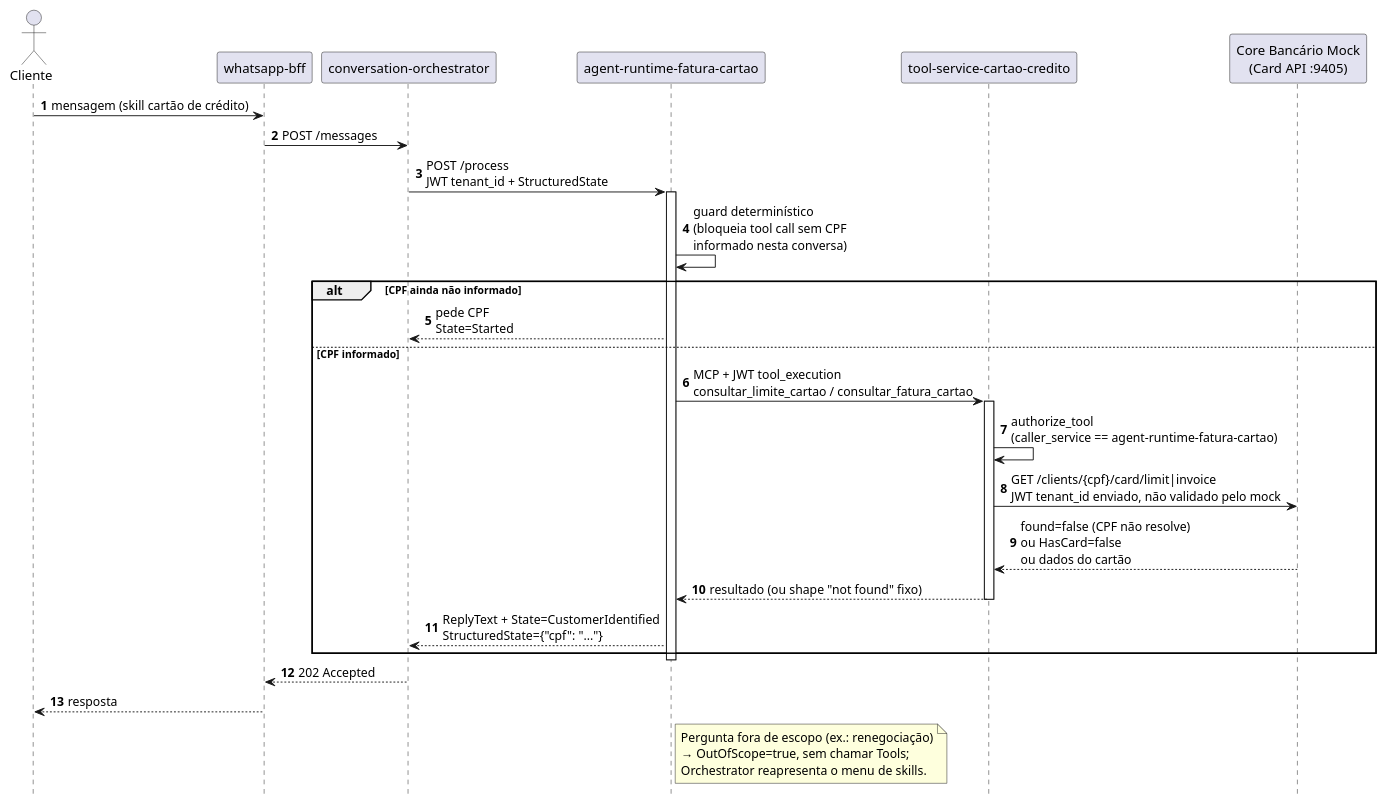
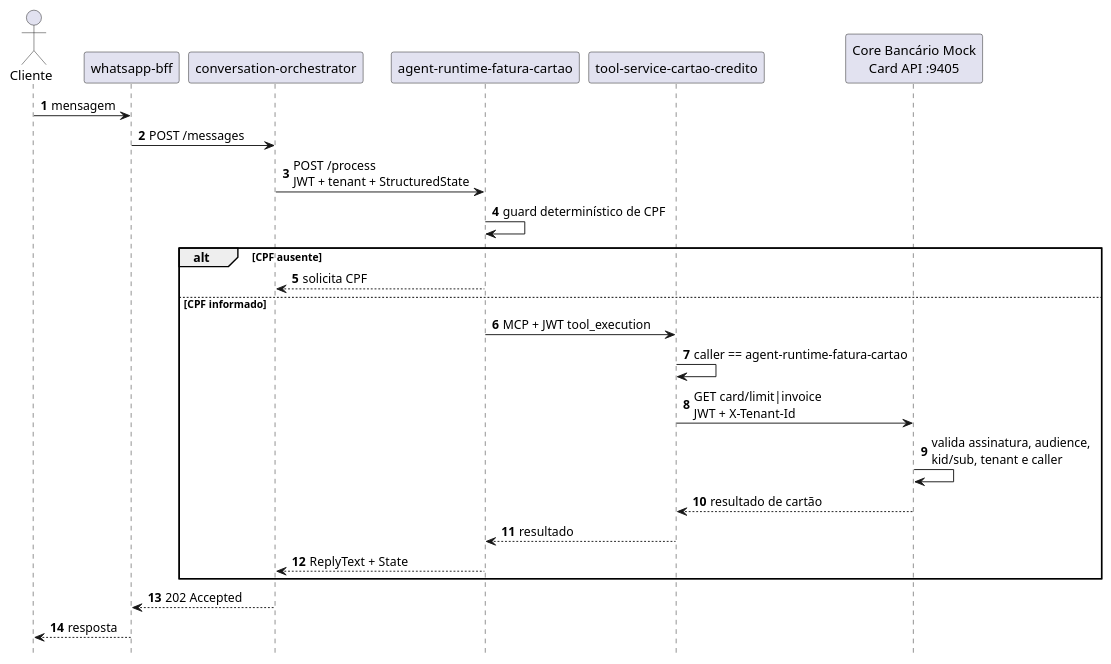
Before and after one commit to leandrosflora/conversational-ai-platform-architecture: the fifth of 5 diagrams in docs/architecture/sequence-diagrams.md, drawn with PlantUML. The commit also changed other lines of this file, not shown here.

Commit message:
docs: update journeys for authenticated core

````diff
--- a/docs/architecture/sequence-diagrams.md
+++ b/docs/architecture/sequence-diagrams.md
@@ -211,43 +214,33 @@
 ```plantuml
 @startuml
 hide footbox
 autonumber
 
 actor Cliente
 participant "whatsapp-bff" as BFF
 participant "conversation-orchestrator" as Orch
 participant "agent-runtime-fatura-cartao" as Agent
 participant "tool-service-cartao-credito" as Tools
-participant "Core Bancário Mock\n(Card API :9405)" as Core
+participant "Core Bancário Mock\nCard API :9405" as Core
 
-Cliente -> BFF: mensagem (skill cartão de crédito)
+Cliente -> BFF: mensagem
 BFF -> Orch: POST /messages
-Orch -> Agent: POST /process\nJWT tenant_id + StructuredState
+Orch -> Agent: POST /process\nJWT + tenant + StructuredState
+Agent -> Agent: guard determinístico de CPF
 
-activate Agent
-Agent -> Agent: guard determinístico\n(bloqueia tool call sem CPF\ninformado nesta conversa)
-
-alt CPF ainda não informado
-  Agent --> Orch: pede CPF\nState=Started
+alt CPF ausente
+  Agent --> Orch: solicita CPF
 else CPF informado
-  Agent -> Tools: MCP + JWT tool_execution\nconsultar_limite_cartao / consultar_fatura_cartao
-  activate Tools
-  Tools -> Tools: authorize_tool\n(caller_service == agent-runtime-fatura-cartao)
-  Tools -> Core: GET /clients/{cpf}/card/limit|invoice\nJWT tenant_id enviado, não validado pelo mock
-  Core --> Tools: found=false (CPF não resolve)\nou HasCard=false\nou dados do cartão
-  Tools --> Agent: resultado (ou shape "not found" fixo)
-  deactivate Tools
-  Agent --> Orch: ReplyText + State=CustomerIdentified\nStructuredState={"cpf": "..."}
+  Agent -> Tools: MCP + JWT tool_execution
+  Tools -> Tools: caller == agent-runtime-fatura-cartao
+  Tools -> Core: GET card/limit|invoice\nJWT + X-Tenant-Id
+  Core -> Core: valida assinatura, audience,\nkid/sub, tenant e caller
+  Core --> Tools: resultado de cartão
+  Tools --> Agent: resultado
+  Agent --> Orch: ReplyText + State
 end
-deactivate Agent
 
 Orch --> BFF: 202 Accepted
 BFF --> Cliente: resposta
-
-note right of Agent
-Pergunta fora de escopo (ex.: renegociação)
-→ OutOfScope=true, sem chamar Tools;
-Orchestrator reapresenta o menu de skills.
-end note
 @enduml
 ```
````
